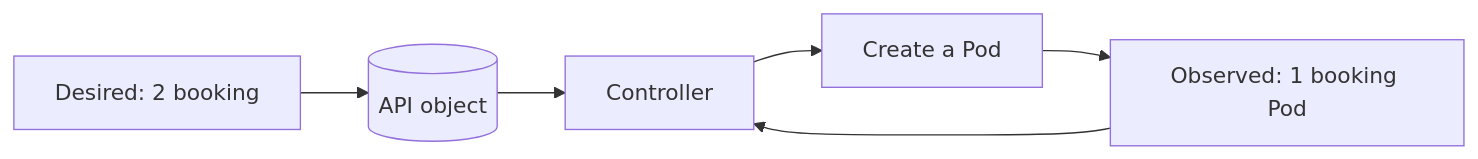
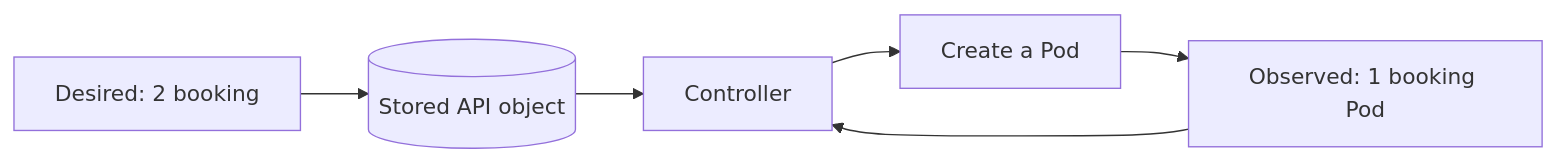
One commit to darshan-raul/apollo11-docs changed the diagram in docs/learn/cluster/why-orchestration.md. Above: the diagram before and after it, drawn with Mermaid. The commit also changed other lines of this file and 55 other files, not shown here.

````diff
--- a/docs/learn/cluster/why-orchestration.md
+++ b/docs/learn/cluster/why-orchestration.md
@@ -24,8 +33,8 @@
 ```mermaid
 flowchart LR
-  Intent[Desired: 2 booking] --> API[(API object)]
+  Intent[Desired: 2 booking] --> API[(Stored API object)]
   API --> C[Controller]
   Actual[Observed: 1 booking Pod] --> C
   C --> Action[Create a Pod]
   Action --> Actual
 ```
````
